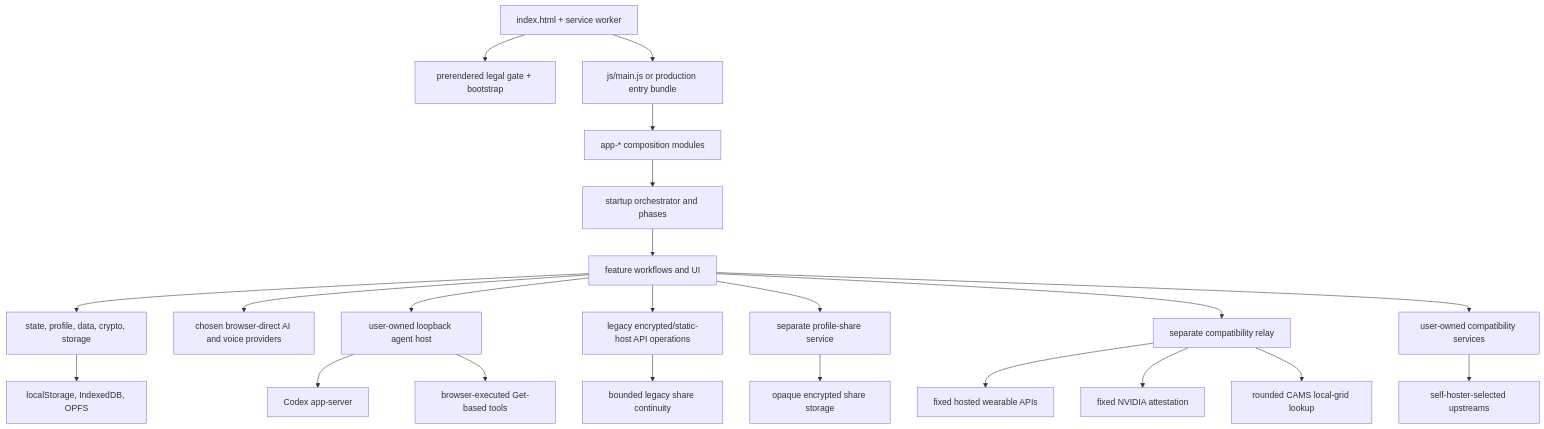
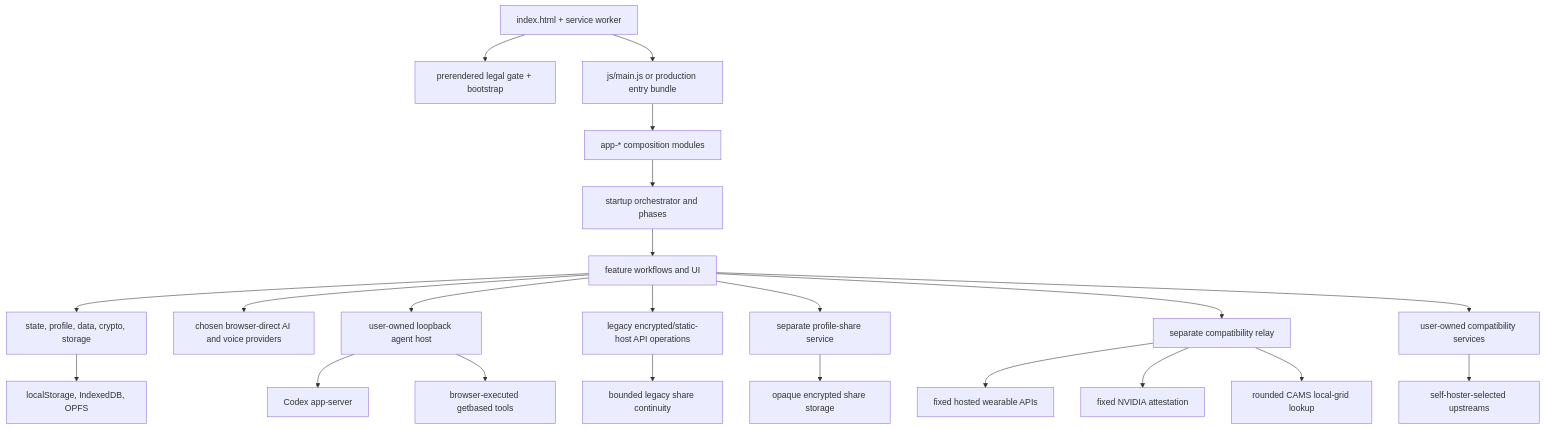
Before and after one commit to elkimek/get-based: the diagram in ARCHITECTURE.md, drawn with Mermaid. The commit also changed 48 other files, not shown here.

````diff
--- a/ARCHITECTURE.md
+++ b/ARCHITECTURE.md
@@ -35,24 +35,24 @@
 ```mermaid
 flowchart TD
   HTML[index.html + service worker] --> Legal[prerendered legal gate + bootstrap]
   HTML --> Main[js/main.js or production entry bundle]
   Main --> Composition[app-* composition modules]
   Composition --> Startup[startup orchestrator and phases]
   Startup --> Features[feature workflows and UI]
   Features --> Foundation[state, profile, data, crypto, storage]
   Foundation --> BrowserStorage[localStorage, IndexedDB, OPFS]
   Features --> Direct[chosen browser-direct AI and voice providers]
   Features --> AgentHost[user-owned loopback agent host]
   AgentHost --> Codex[Codex app-server]
-  AgentHost --> AgentTools[browser-executed Get-based tools]
+  AgentHost --> AgentTools[browser-executed getbased tools]
   Features --> Vercel[legacy encrypted/static-host API operations]
   Vercel --> LegacyCiphertext[bounded legacy share continuity]
   Features --> ProfileShare[separate profile-share service]
   ProfileShare --> Ciphertext[opaque encrypted share storage]
   Features --> Compatibility[separate compatibility relay]
   Compatibility --> Wearables[fixed hosted wearable APIs]
   Compatibility --> Attestation[fixed NVIDIA attestation]
   Compatibility --> Cams[rounded CAMS local-grid lookup]
   Features --> SelfHost[user-owned compatibility services]
   SelfHost --> Upstreams[self-hoster-selected upstreams]
 ```
````
